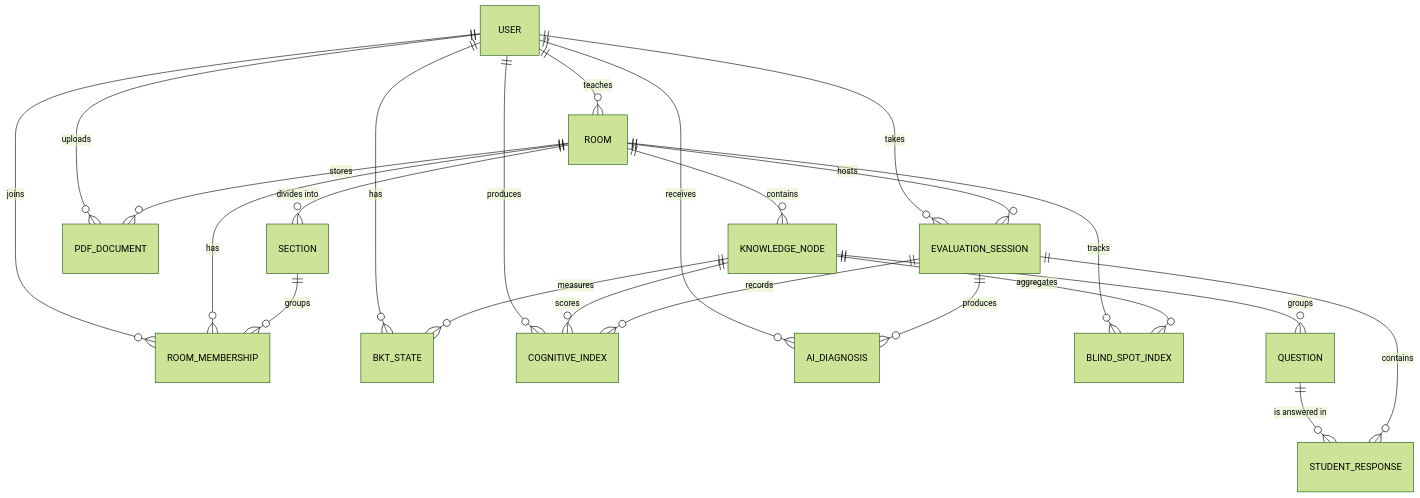
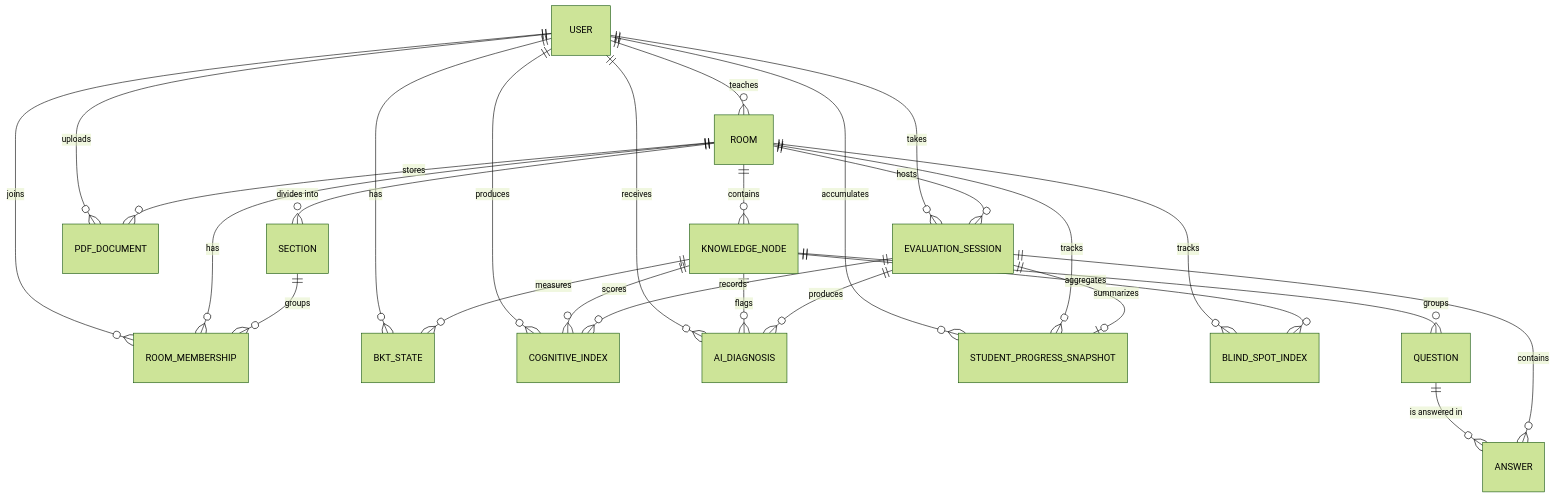
One commit to Eneritzch/Cogniroom changed the diagram in docs/database.md. Above: the diagram before and after it, drawn with Mermaid (forest theme). The commit also changed other lines of this file and 4 other files, not shown here.

````diff
--- a/docs/database.md
+++ b/docs/database.md
@@ -9,29 +9,33 @@
 ```mermaid
 erDiagram
     USER ||--o{ ROOM : "teaches"
     USER ||--o{ ROOM_MEMBERSHIP : "joins"
     USER ||--o{ EVALUATION_SESSION : "takes"
     USER ||--o{ BKT_STATE : "has"
     USER ||--o{ COGNITIVE_INDEX : "produces"
     USER ||--o{ AI_DIAGNOSIS : "receives"
     USER ||--o{ PDF_DOCUMENT : "uploads"
+    USER ||--o{ STUDENT_PROGRESS_SNAPSHOT : "accumulates"
 
     ROOM ||--o{ ROOM_MEMBERSHIP : "has"
     ROOM ||--o{ SECTION : "divides into"
     ROOM ||--o{ KNOWLEDGE_NODE : "contains"
     ROOM ||--o{ PDF_DOCUMENT : "stores"
     ROOM ||--o{ EVALUATION_SESSION : "hosts"
     ROOM ||--o{ BLIND_SPOT_INDEX : "tracks"
+    ROOM ||--o{ STUDENT_PROGRESS_SNAPSHOT : "tracks"
 
     SECTION ||--o{ ROOM_MEMBERSHIP : "groups"
 
     KNOWLEDGE_NODE ||--o{ QUESTION : "groups"
     KNOWLEDGE_NODE ||--o{ BKT_STATE : "measures"
     KNOWLEDGE_NODE ||--o{ COGNITIVE_INDEX : "scores"
     KNOWLEDGE_NODE ||--o{ BLIND_SPOT_INDEX : "aggregates"
+    KNOWLEDGE_NODE ||--o{ AI_DIAGNOSIS : "flags"
 
-    QUESTION ||--o{ STUDENT_RESPONSE : "is answered in"
-    EVALUATION_SESSION ||--o{ STUDENT_RESPONSE : "contains"
+    QUESTION ||--o{ ANSWER : "is answered in"
+    EVALUATION_SESSION ||--o{ ANSWER : "contains"
     EVALUATION_SESSION ||--o{ COGNITIVE_INDEX : "records"
     EVALUATION_SESSION ||--o{ AI_DIAGNOSIS : "produces"
+    EVALUATION_SESSION ||--o| STUDENT_PROGRESS_SNAPSHOT : "summarizes"
 ```
````
